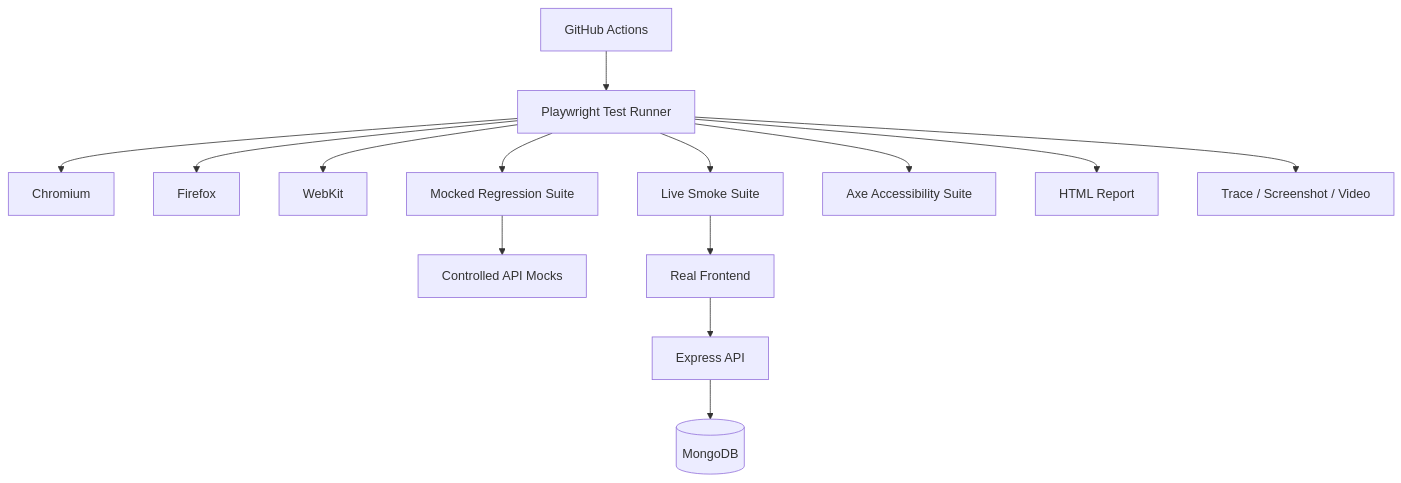
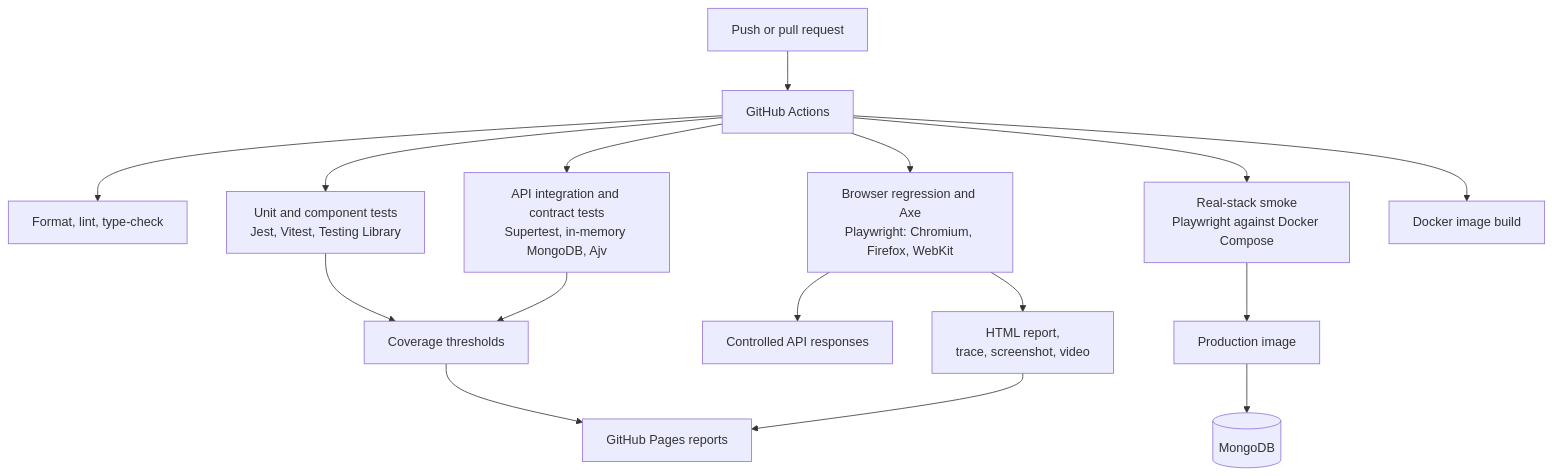
One commit to proyneon-hub/it-ticketing-system changed the diagram in docs/QA_ARCHITECTURE.md. Above: the diagram before and after it, drawn with Mermaid. The commit also changed other lines of this file and 26 other files, not shown here.

````diff
--- a/docs/QA_ARCHITECTURE.md
+++ b/docs/QA_ARCHITECTURE.md
@@ -3,16 +5,21 @@
 ```mermaid
 flowchart TD
-    A[GitHub Actions] --> B[Playwright Test Runner]
-    B --> C[Chromium]
-    B --> D[Firefox]
-    B --> E[WebKit]
-    B --> F[Mocked Regression Suite]
-    B --> G[Live Smoke Suite]
-    B --> H[Axe Accessibility Suite]
-    F --> I[Controlled API Mocks]
-    G --> J[Real Frontend]
-    J --> K[Express API]
-    K --> L[(MongoDB)]
-    B --> M[HTML Report]
-    B --> N[Trace / Screenshot / Video]
+    Dev[Push or pull request] --> CI[GitHub Actions]
+
+    CI --> Static[Format, lint, type-check]
+    CI --> Unit[Unit and component tests<br/>Jest, Vitest, Testing Library]
+    CI --> Integration[API integration and contract tests<br/>Supertest, in-memory MongoDB, Ajv]
+    CI --> Browser[Browser regression and Axe<br/>Playwright: Chromium, Firefox, WebKit]
+    CI --> Stack[Real-stack smoke<br/>Playwright against Docker Compose]
+    CI --> Image[Docker image build]
+
+    Browser --> Mocks[Controlled API responses]
+    Stack --> App[Production image]
+    App --> DB[(MongoDB)]
+
+    Unit --> Cov[Coverage thresholds]
+    Integration --> Cov
+    Browser --> Report[HTML report,<br/>trace, screenshot, video]
+    Cov --> Pages[GitHub Pages reports]
+    Report --> Pages
 ```
````
